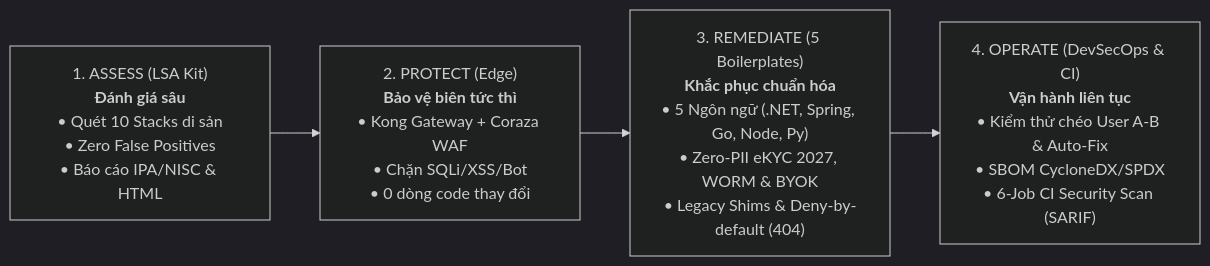
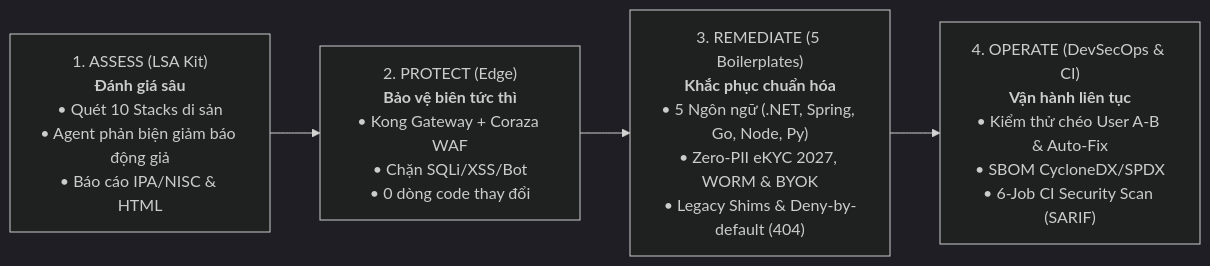
The second of 2 diagrams in docs/pitching-deck-sales-enablement-kit.md (hoanghainh1188/komagu), drawn with Mermaid (dark theme) before and after one commit. The commit also changed other lines of this file and 96 other files, not shown here.

````diff
--- a/docs/pitching-deck-sales-enablement-kit.md
+++ b/docs/pitching-deck-sales-enablement-kit.md
@@ -94,9 +94,9 @@
 ```mermaid
 flowchart LR
-    A["1. ASSESS (LSA Kit)<br/><b>Đánh giá sâu</b><br/>• Quét 10 Stacks di sản<br/>• Zero False Positives<br/>• Báo cáo IPA/NISC & HTML"]
+    A["1. ASSESS (LSA Kit)<br/><b>Đánh giá sâu</b><br/>• Quét 10 Stacks di sản<br/>• Agent phản biện giảm báo động giả<br/>• Báo cáo IPA/NISC & HTML"]
     P["2. PROTECT (Edge)<br/><b>Bảo vệ biên tức thì</b><br/>• Kong Gateway + Coraza WAF<br/>• Chặn SQLi/XSS/Bot<br/>• 0 dòng code thay đổi"]
     R["3. REMEDIATE (5 Boilerplates)<br/><b>Khắc phục chuẩn hóa</b><br/>• 5 Ngôn ngữ (.NET, Spring, Go, Node, Py)<br/>• Zero-PII eKYC 2027, WORM & BYOK<br/>• Legacy Shims & Deny-by-default (404)"]
     O["4. OPERATE (DevSecOps & CI)<br/><b>Vận hành liên tục</b><br/>• Kiểm thử chéo User A-B & Auto-Fix<br/>• SBOM CycloneDX/SPDX<br/>• 6-Job CI Security Scan (SARIF)"]
 
     A --> P --> R --> O
 ```
````
